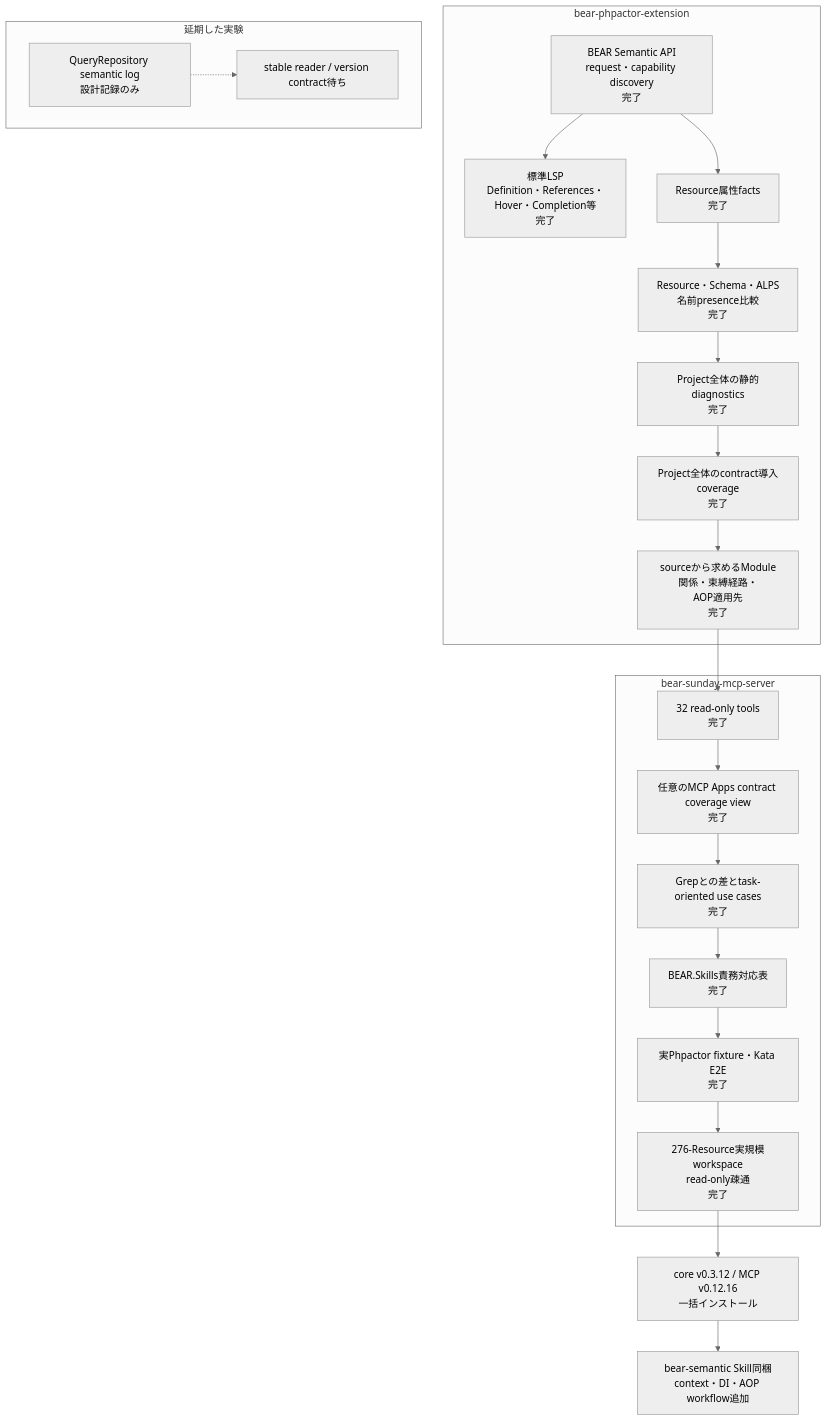
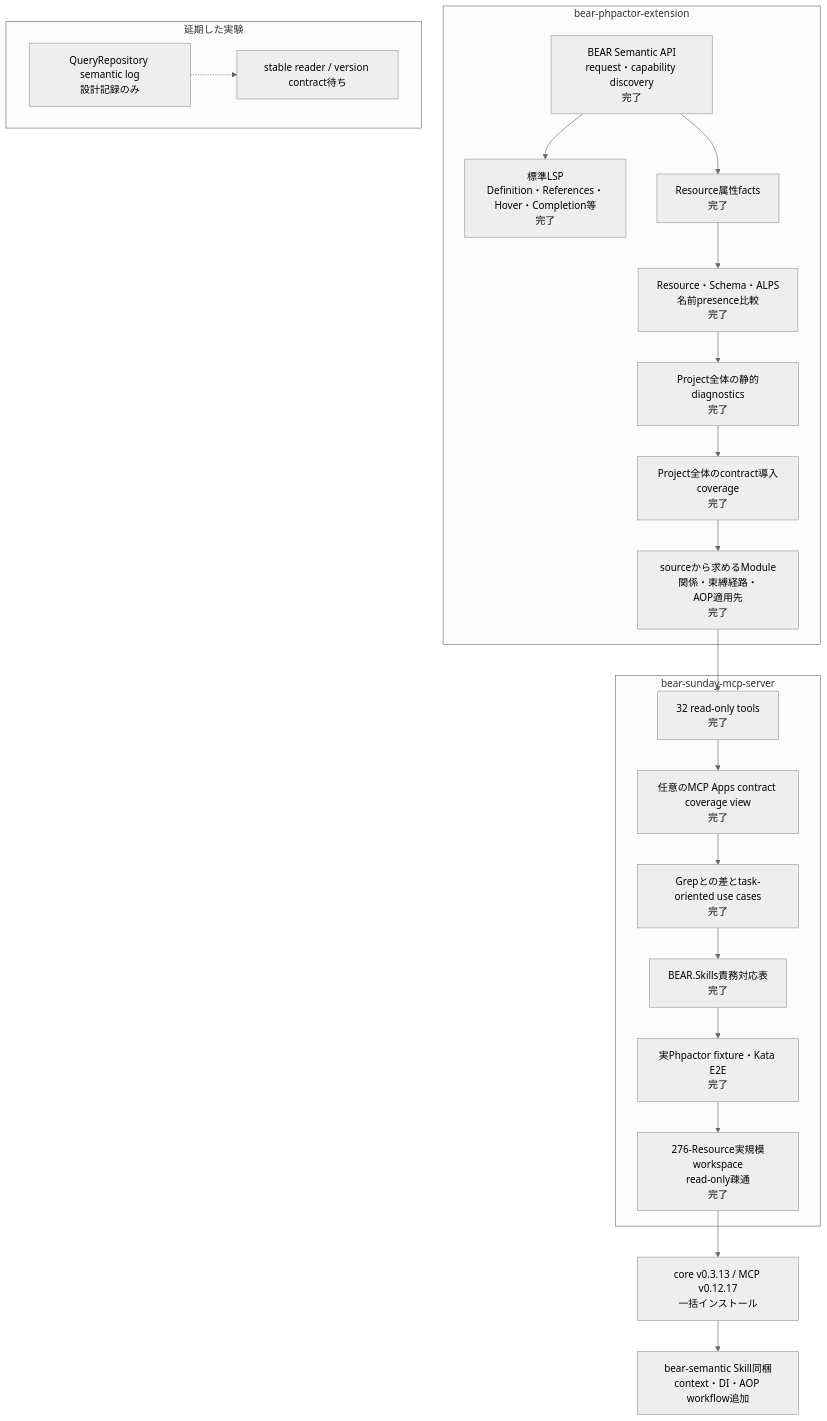
The diagram in docs/project-status.ja.md (suzumaze/bear-sunday-mcp-server), drawn with Mermaid (neutral theme) before and after one commit. The commit also changed other lines of this file and 7 other files, not shown here.

````diff
--- a/docs/project-status.ja.md
+++ b/docs/project-status.ja.md
@@ -8,35 +8,35 @@
 ```mermaid
 flowchart TB
     subgraph Core["bear-phpactor-extension"]
         C1["BEAR Semantic API<br/>request・capability discovery<br/>完了"]
         C2["標準LSP<br/>Definition・References・Hover・Completion等<br/>完了"]
         C3["Resource属性facts<br/>完了"]
         C4["Resource・Schema・ALPS<br/>名前presence比較<br/>完了"]
         C5["Project全体の静的diagnostics<br/>完了"]
         C6["Project全体のcontract導入coverage<br/>完了"]
         C7["sourceから求めるModule関係・束縛経路・<br/>AOP適用先<br/>完了"]
         C1 --> C2
         C1 --> C3 --> C4 --> C5 --> C6 --> C7
     end
 
     subgraph MCP["bear-sunday-mcp-server"]
         M1["32 read-only tools<br/>完了"]
         M0["任意のMCP Apps contract coverage view<br/>完了"]
         M2["Grepとの差とtask-oriented use cases<br/>完了"]
         M3["BEAR.Skills責務対応表<br/>完了"]
         M4["実Phpactor fixture・Kata E2E<br/>完了"]
         M5["276-Resource実規模workspace<br/>read-only疎通<br/>完了"]
         M1 --> M0 --> M2 --> M3 --> M4 --> M5
     end
 
     C7 --> M1
 
     subgraph Deferred["延期した実験"]
         D1["QueryRepository semantic log<br/>設計記録のみ"]
         D2["stable reader / version contract待ち"]
         D1 -.-> D2
     end
 
-    M5 --> R1["core v0.3.12 / MCP v0.12.16<br/>一括インストール"]
+    M5 --> R1["core v0.3.13 / MCP v0.12.17<br/>一括インストール"]
     R1 --> S1["bear-semantic Skill同梱<br/>context・DI・AOP workflow追加"]
 ```
````
